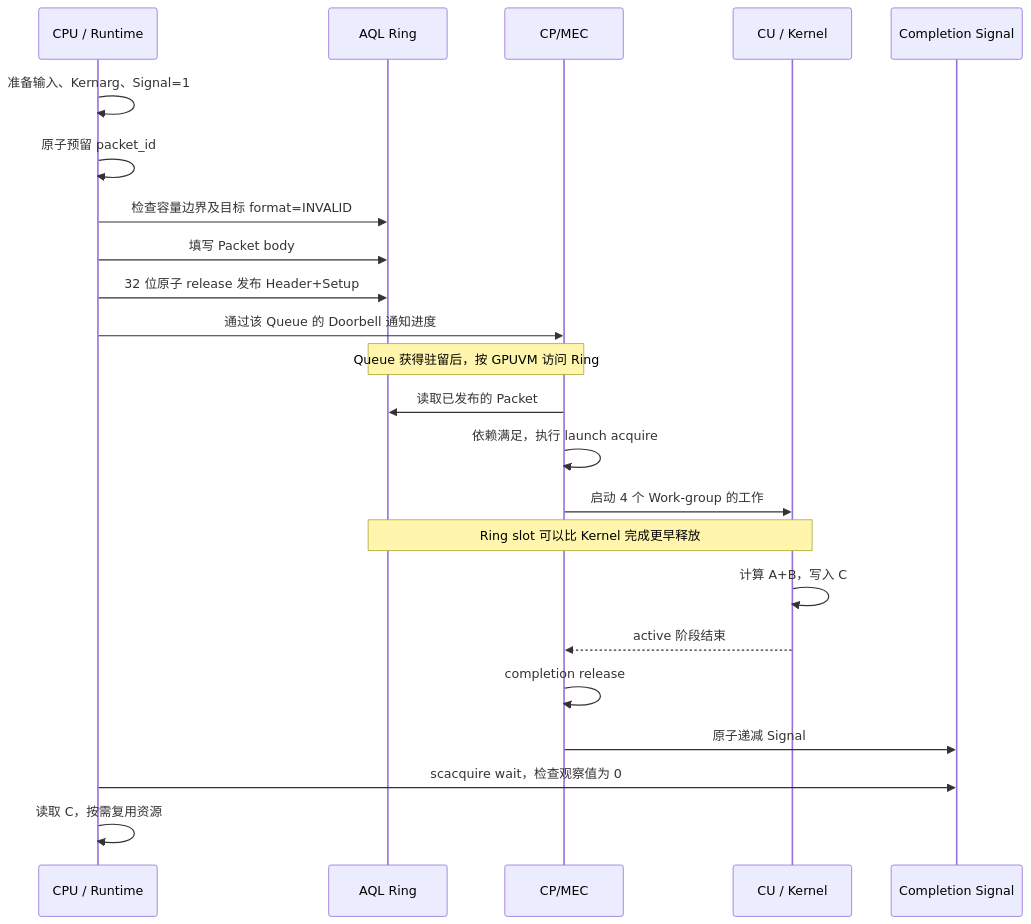
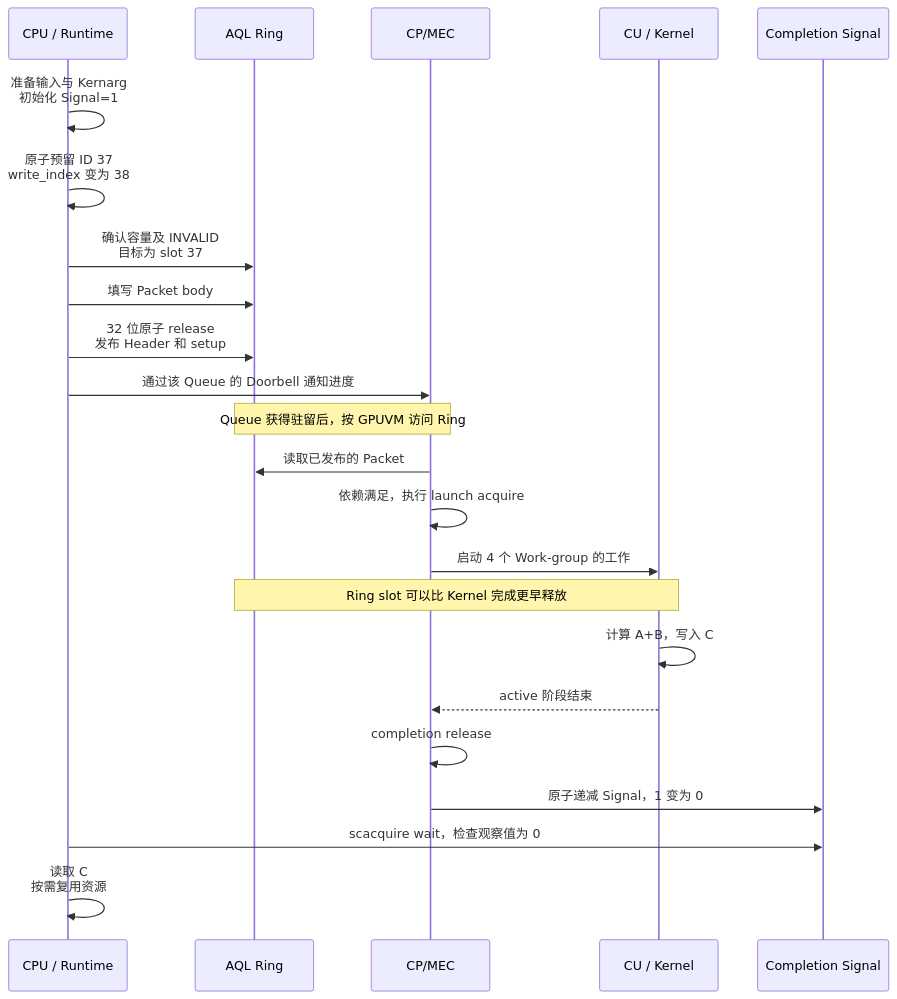
Before and after one commit to hxfei-git/gpu-study: diagram 13 of 14 in 03_AMD GPU 队列与 AQL Dispatch.md, drawn with Mermaid. The commit also changed other lines of this file and 5 other files, not shown here.

````diff
--- a/03_AMD GPU 队列与 AQL Dispatch.md
+++ b/03_AMD GPU 队列与 AQL Dispatch.md
@@ -3644,25 +4914,25 @@
 ```mermaid
 sequenceDiagram
     participant U as CPU / Runtime
     participant R as AQL Ring
     participant P as CP/MEC
     participant K as CU / Kernel
     participant S as Completion Signal
-    U->>U: 准备输入、Kernarg、Signal=1
-    U->>U: 原子预留 packet_id
-    U->>R: 检查容量边界及目标 format=INVALID
+    U->>U: 准备输入与 Kernarg<br/>初始化 Signal=1
+    U->>U: 原子预留 ID 37<br/>write_index 变为 38
+    U->>R: 确认容量及 INVALID<br/>目标为 slot 37
     U->>R: 填写 Packet body
-    U->>R: 32 位原子 release 发布 Header+Setup
+    U->>R: 32 位原子 release<br/>发布 Header 和 setup
     U->>P: 通过该 Queue 的 Doorbell 通知进度
     Note over R,P: Queue 获得驻留后，按 GPUVM 访问 Ring
     P->>R: 读取已发布的 Packet
     P->>P: 依赖满足，执行 launch acquire
     P->>K: 启动 4 个 Work-group 的工作
     Note over R,K: Ring slot 可以比 Kernel 完成更早释放
     K->>K: 计算 A+B，写入 C
     K-->>P: active 阶段结束
     P->>P: completion release
-    P->>S: 原子递减 Signal
+    P->>S: 原子递减 Signal，1 变为 0
     U->>S: scacquire wait，检查观察值为 0
-    U->>U: 读取 C，按需复用资源
+    U->>U: 读取 C<br/>按需复用资源
 ```
````
